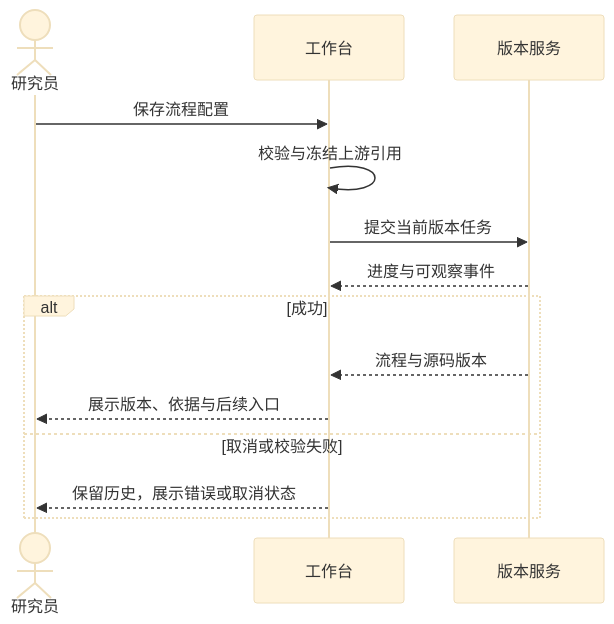
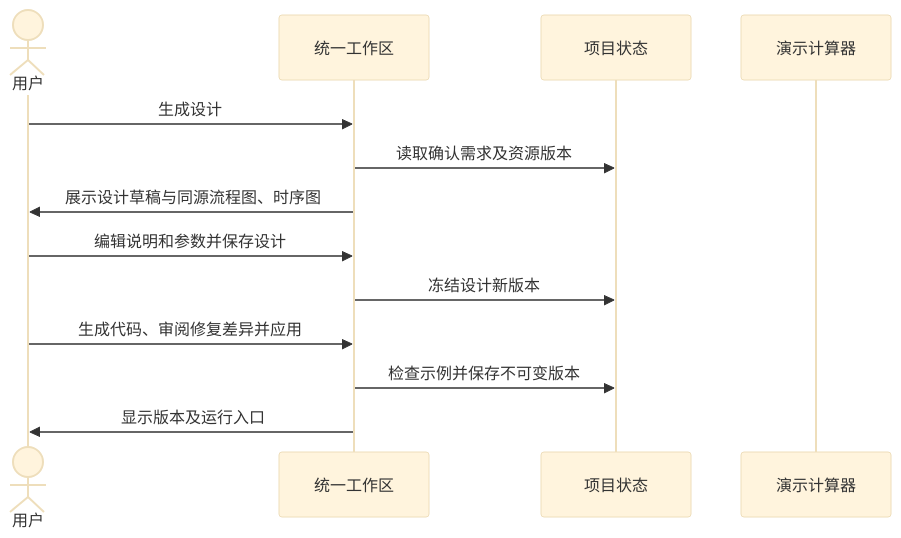
One commit to dorname/nautilus_trader changed the diagram in logos/changes/astock-research-desktop/deltas/prd/3-technical-plan/2-scenario-implementation/core-S18-ai-development.md. Above: the diagram before and after it, drawn with Mermaid (base theme). The commit also changed other lines of this file and 48 other files, not shown here.

````diff
--- a/logos/changes/astock-research-desktop/deltas/prd/3-technical-plan/2-scenario-implementation/core-S18-ai-development.md
+++ b/logos/changes/astock-research-desktop/deltas/prd/3-technical-plan/2-scenario-implementation/core-S18-ai-development.md
@@ -5,16 +7,15 @@
 ```mermaid
 sequenceDiagram
-    actor U as 研究员
-    participant G as 工作台
-    participant W as 版本服务
-    U->>G: 保存流程配置
-    G->>G: 校验与冻结上游引用
-    G->>W: 提交当前版本任务
-    W-->>G: 进度与可观察事件
-    alt 成功
-        W-->>G: 流程与源码版本
-        G-->>U: 展示版本、依据与后续入口
-    else 取消或校验失败
-        G-->>U: 保留历史，展示错误或取消状态
-    end
+    actor U as 用户
+    participant G as 统一工作区
+    participant P as 项目状态
+    participant W as 演示计算器
+    U->>G: 生成设计
+    G->>P: 读取确认需求及资源版本
+    G->>U: 展示设计草稿与同源流程图、时序图
+    U->>G: 编辑说明和参数并保存设计
+    G->>P: 冻结设计新版本
+    U->>G: 生成代码、审阅修复差异并应用
+    G->>P: 检查示例并保存不可变版本
+    G->>U: 显示版本及运行入口
 ```
````
